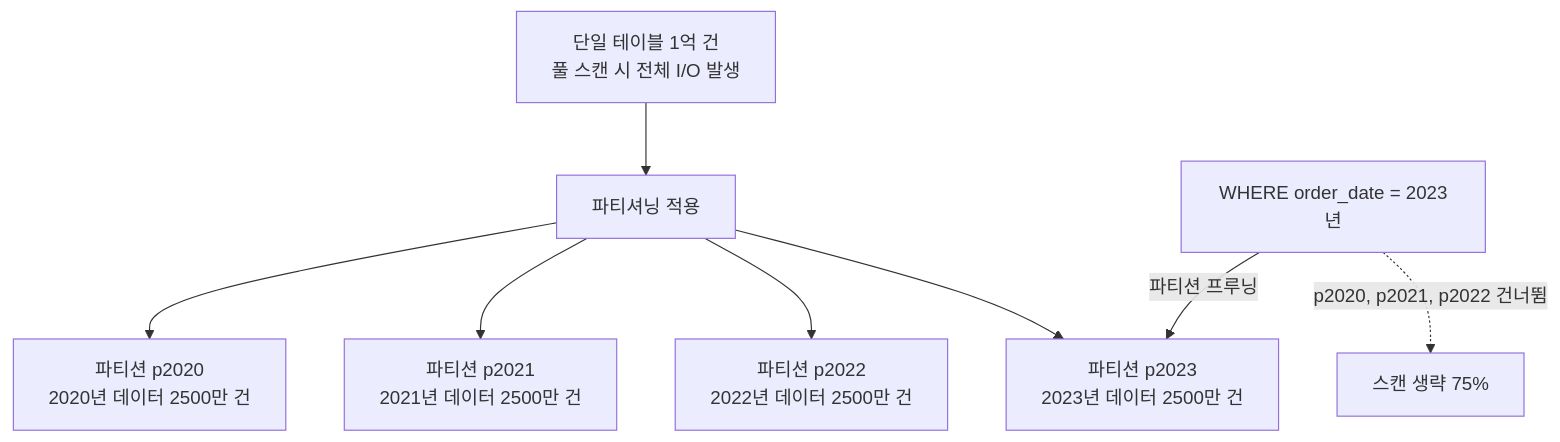
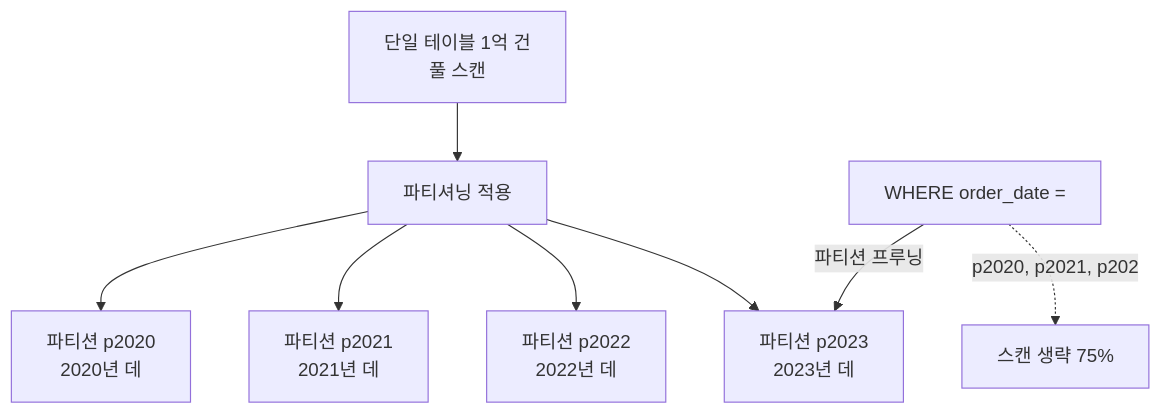
One commit to yjkim2015/yjkim2015.github.io changed the first of 4 diagrams in _posts/db/2026-05-01-db-partitioning.md. Above: the diagram before and after it, drawn with Mermaid. The commit also changed other lines of this file and 271 other files, not shown here.

First line of the commit message:
Mermaid 라벨 축소: 긴 노드 텍스트 18자 이하로 트림 + \n 제거

````diff
--- a/_posts/db/2026-05-01-db-partitioning.md
+++ b/_posts/db/2026-05-01-db-partitioning.md
@@ -34,11 +34,11 @@
 ```mermaid
 graph TD
-    Single["단일 테이블 1억 건\n풀 스캔 시 전체 I/O 발생"]
+    Single["단일 테이블 1억 건\n풀 스캔"]
     Single --> Part["파티셔닝 적용"]
-    Part --> P2020["파티션 p2020\n2020년 데이터 2500만 건"]
-    Part --> P2021["파티션 p2021\n2021년 데이터 2500만 건"]
-    Part --> P2022["파티션 p2022\n2022년 데이터 2500만 건"]
-    Part --> P2023["파티션 p2023\n2023년 데이터 2500만 건"]
-    Query["WHERE order_date = 2023년"] -->|"파티션 프루닝"| P2023
-    Query -.->|"p2020, p2021, p2022 건너뜀"| Skip["스캔 생략 75%"]
+    Part --> P2020["파티션 p2020\n2020년 데"]
+    Part --> P2021["파티션 p2021\n2021년 데"]
+    Part --> P2022["파티션 p2022\n2022년 데"]
+    Part --> P2023["파티션 p2023\n2023년 데"]
+    Query["WHERE order_date ="] -->|"파티션 프루닝"| P2023
+    Query -.->|"p2020, p2021, p202"| Skip["스캔 생략 75%"]
 ```
````
